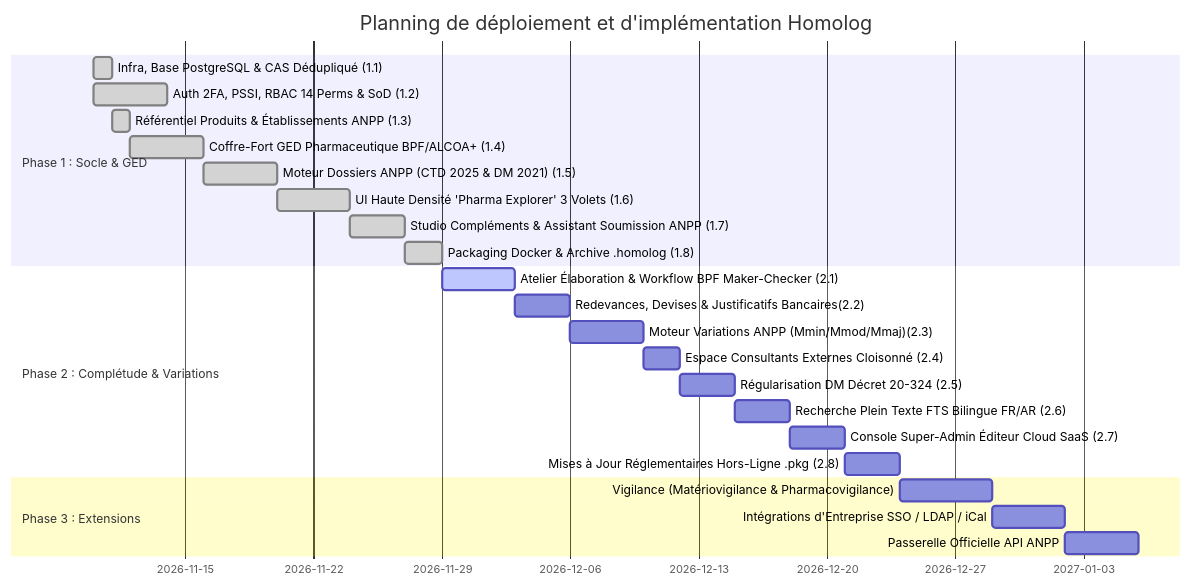
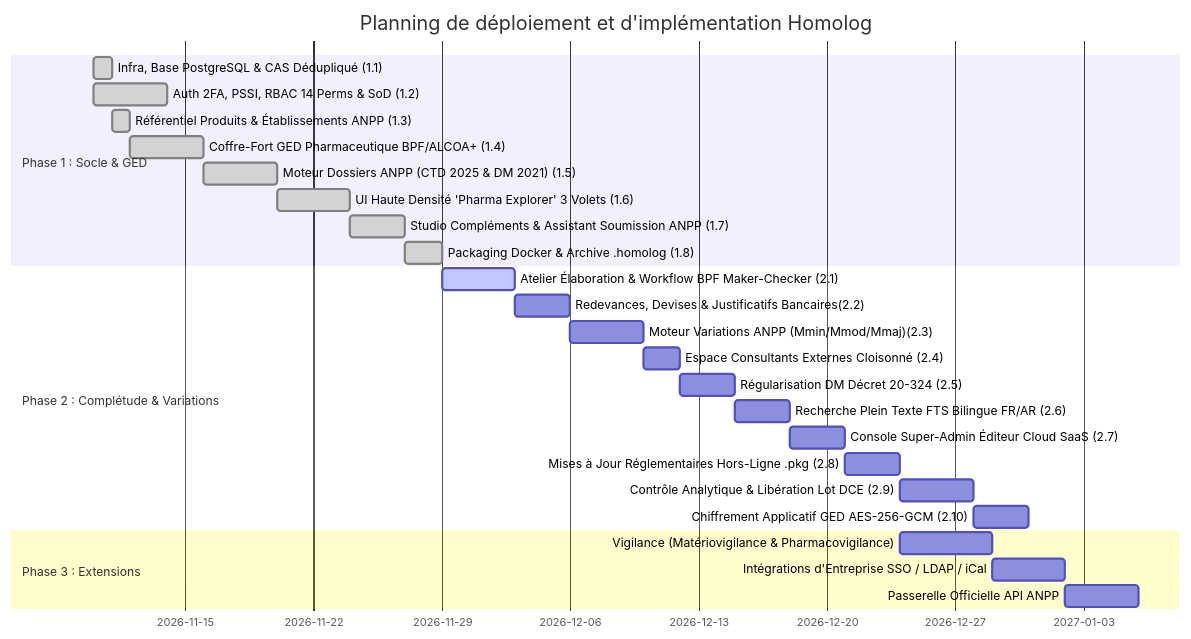
One commit to aassr1965/homolog changed the diagram in docs/roadmap.md. Above: the diagram before and after it, drawn with Mermaid. The commit also changed other lines of this file and 3 other files, not shown here.

Commit message:
docs(security): formalisation du Jalon 2.10 Chiffrement Applicatif AES-256-GCM GED Cloud et On-Premise

````diff
--- a/docs/roadmap.md
+++ b/docs/roadmap.md
@@ -20,27 +20,29 @@
 ```mermaid
 gantt
     title Planning de déploiement et d'implémentation Homolog
     dateFormat  YYYY-MM-DD
     section Phase 1 : Socle & GED
     Infra, Base PostgreSQL & CAS Dédupliqué (1.1)    :done, p1_1, 2026-11-10, 1d
     Auth 2FA, PSSI, RBAC 14 Perms & SoD (1.2)        :done, p1_2, 2026-11-10, 4d
     Référentiel Produits & Établissements ANPP (1.3) :done, p1_3, 2026-11-11, 1d
     Coffre-Fort GED Pharmaceutique BPF/ALCOA+ (1.4)  :done, p1_4, after p1_3, 4d
     Moteur Dossiers ANPP (CTD 2025 & DM 2021) (1.5)  :done, p1_5, after p1_4, 4d
     UI Haute Densité 'Pharma Explorer' 3 Volets (1.6):done, p1_6, after p1_5, 4d
     Studio Compléments & Assistant Soumission ANPP (1.7) :done, p1_7, after p1_6, 3d
     Packaging Docker & Archive .homolog (1.8)        :done, p1_8, after p1_7, 2d
     section Phase 2 : Complétude & Variations
     Atelier Élaboration & Workflow BPF Maker-Checker (2.1):active, p2_1, after p1_8, 4d
     Redevances, Devises & Justificatifs Bancaires(2.2):p2_2, after p2_1, 3d
     Moteur Variations ANPP (Mmin/Mmod/Mmaj)(2.3)     :p2_3, after p2_2, 4d
     Espace Consultants Externes Cloisonné (2.4)      :p2_4, after p2_3, 2d
     Régularisation DM Décret 20-324 (2.5)            :p2_5, after p2_4, 3d
     Recherche Plein Texte FTS Bilingue FR/AR (2.6)   :p2_6, after p2_5, 3d
     Console Super-Admin Éditeur Cloud SaaS (2.7)     :p2_7, after p2_6, 3d
     Mises à Jour Réglementaires Hors-Ligne .pkg (2.8):p2_8, after p2_7, 3d
+    Contrôle Analytique & Libération Lot DCE (2.9)   :p2_9, after p2_8, 4d
+    Chiffrement Applicatif GED AES-256-GCM (2.10)   :p2_10, after p2_9, 3d
     section Phase 3 : Extensions
     Vigilance (Matériovigilance & Pharmacovigilance) :p3_1, after p2_8, 5d
     Intégrations d'Entreprise SSO / LDAP / iCal      :p3_2, after p3_1, 4d
     Passerelle Officielle API ANPP                   :p3_3, after p3_2, 4d
 ```
````
